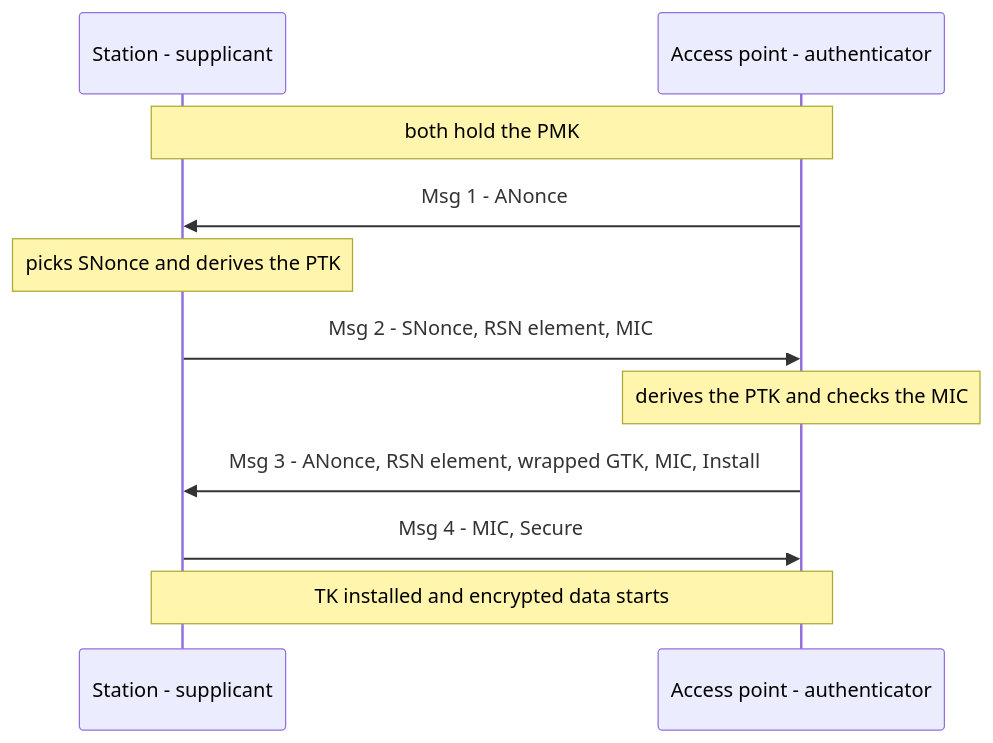
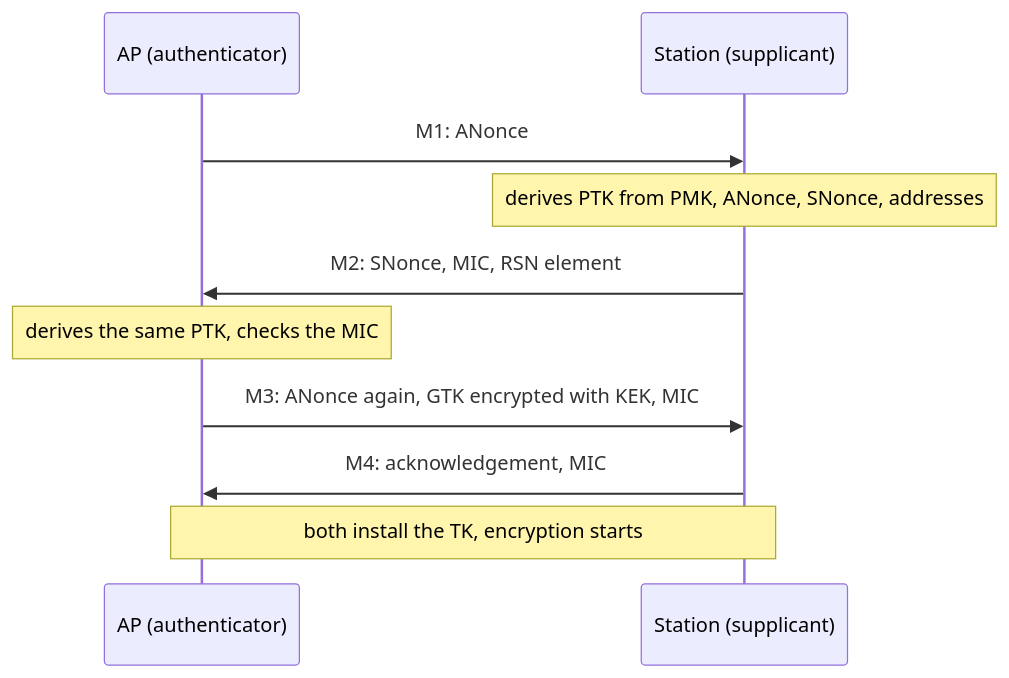
One commit to Princeahrwar/Study changed the second of 3 diagrams in 07_networking/10_wifi/04_wifi_security.md. Above: the diagram before and after it, drawn with Mermaid. The commit also changed other lines of this file, not shown here.

````diff
--- a/07_networking/10_wifi/04_wifi_security.md
+++ b/07_networking/10_wifi/04_wifi_security.md
@@ -169,13 +99,12 @@
 ```mermaid
 sequenceDiagram
-    participant S as Station - supplicant
-    participant A as Access point - authenticator
-    Note over S,A: both hold the PMK
-    A->>S: Msg 1 - ANonce
-    Note over S: picks SNonce and derives the PTK
-    S->>A: Msg 2 - SNonce, RSN element, MIC
-    Note over A: derives the PTK and checks the MIC
-    A->>S: Msg 3 - ANonce, RSN element, wrapped GTK, MIC, Install
-    S->>A: Msg 4 - MIC, Secure
-    Note over S,A: TK installed and encrypted data starts
+    participant AP as AP (authenticator)
+    participant S as Station (supplicant)
+    AP->>S: M1: ANonce
+    Note over S: derives PTK from PMK, ANonce, SNonce, addresses
+    S->>AP: M2: SNonce, MIC, RSN element
+    Note over AP: derives the same PTK, checks the MIC
+    AP->>S: M3: ANonce again, GTK encrypted with KEK, MIC
+    S->>AP: M4: acknowledgement, MIC
+    Note over S,AP: both install the TK, encryption starts
 ```
````
